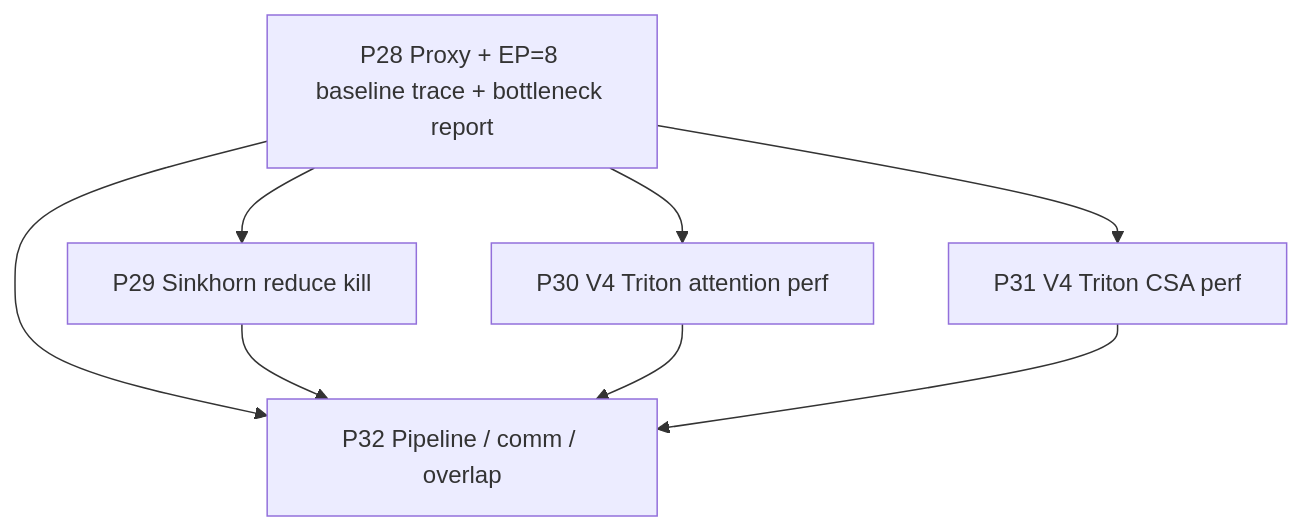
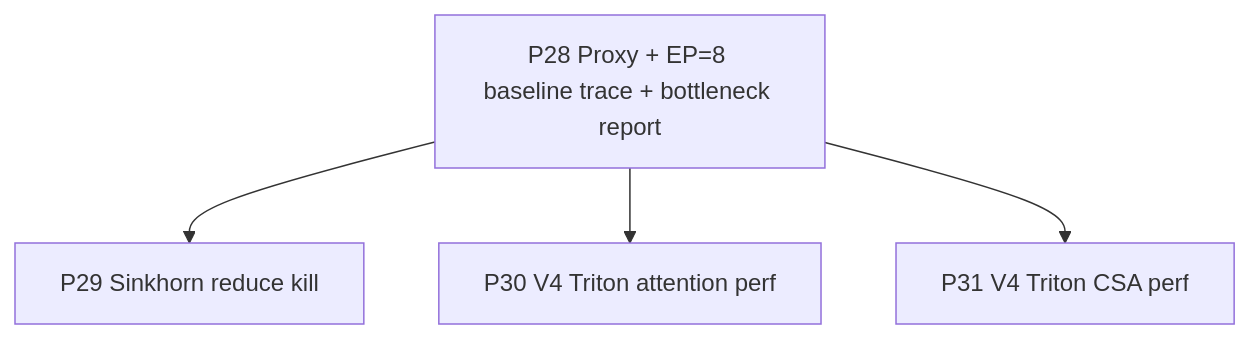
One commit to AMD-AGI/Primus changed the diagram in deepseek-v4/develop/plan-5/01-roadmap.md. Above: the diagram before and after it, drawn with Mermaid. The commit also changed other lines of this file and 6 other files, not shown here.

````diff
--- a/deepseek-v4/develop/plan-5/01-roadmap.md
+++ b/deepseek-v4/develop/plan-5/01-roadmap.md
@@ -31,16 +30,11 @@
 ```mermaid
 flowchart TD
 P28[P28 Proxy + EP=8 baseline trace + bottleneck report]
 P29[P29 Sinkhorn reduce kill]
 P30[P30 V4 Triton attention perf]
 P31[P31 V4 Triton CSA perf]
-P32[P32 Pipeline / comm / overlap]
 
 P28 --> P29
 P28 --> P30
 P28 --> P31
-P28 --> P32
-P29 --> P32
-P30 --> P32
-P31 --> P32
 ```
````
